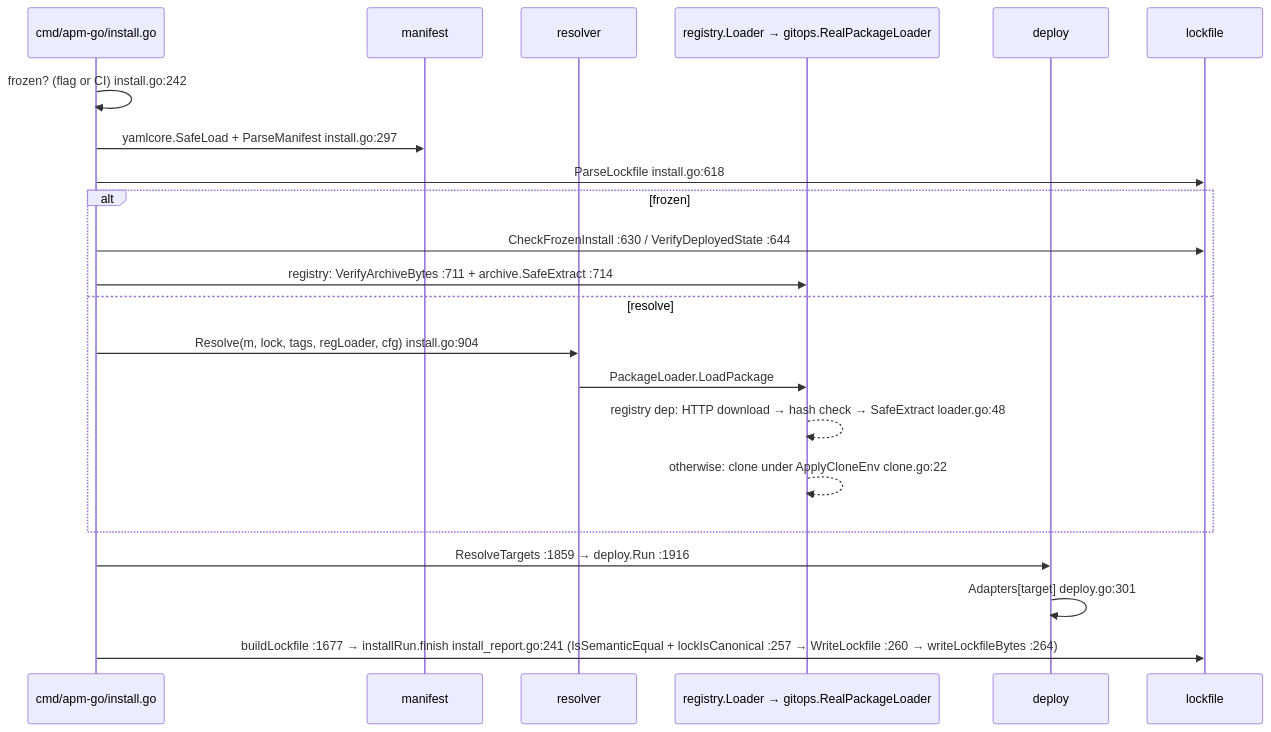
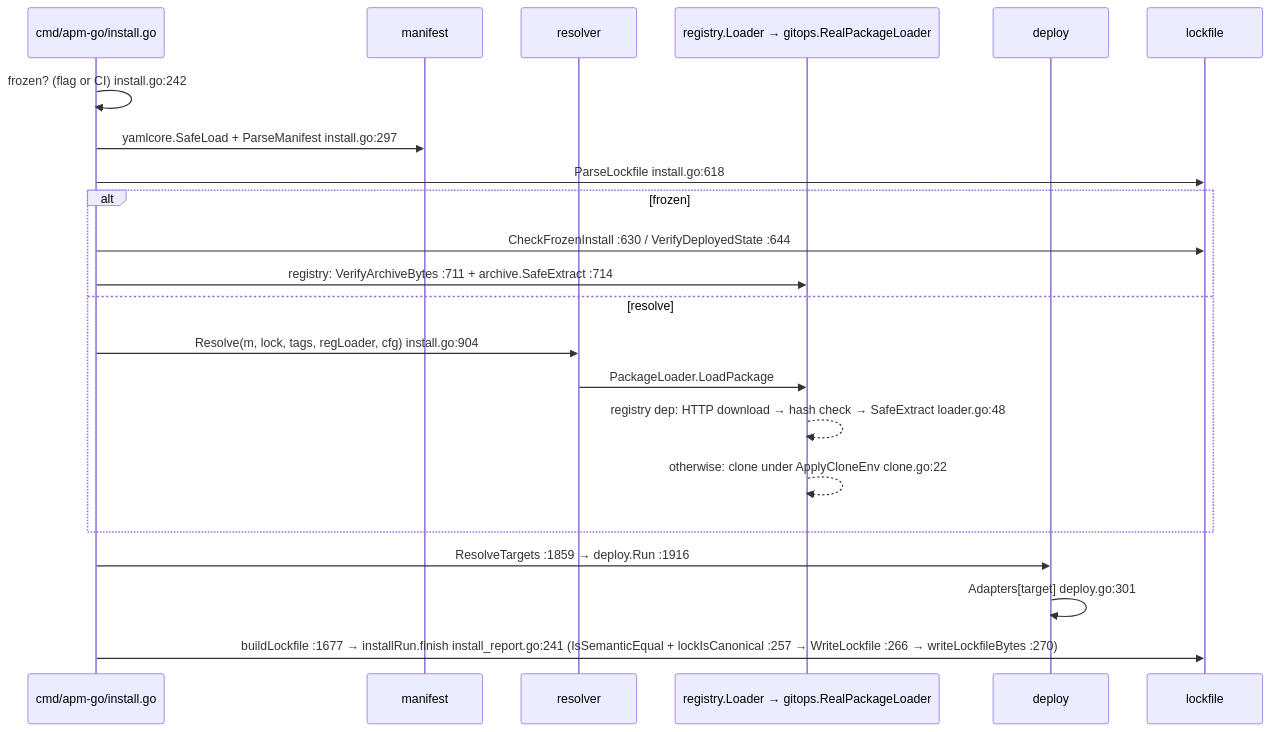
The second of 4 diagrams in ARCHITECTURE.md (gn00678465/apm-go), drawn with Mermaid before and after one commit. The commit also changed other lines of this file and 7 other files, not shown here.

First line of the commit message:
fix: uninstall 保留有未建模鍵的 lock，--no-provenance 對既有的 lock 與 install --mcp 生效

````diff
--- a/ARCHITECTURE.md
+++ b/ARCHITECTURE.md
@@ -80,24 +80,24 @@
 ```mermaid
 sequenceDiagram
   participant C as cmd/apm-go/install.go
   participant M as manifest
   participant R as resolver
   participant L as registry.Loader → gitops.RealPackageLoader
   participant D as deploy
   participant K as lockfile
   C->>C: frozen? (flag or CI) install.go:242
   C->>M: yamlcore.SafeLoad + ParseManifest install.go:297
   C->>K: ParseLockfile install.go:618
   alt frozen
     C->>K: CheckFrozenInstall :630 / VerifyDeployedState :644
     C->>L: registry: VerifyArchiveBytes :711 + archive.SafeExtract :714
   else resolve
     C->>R: Resolve(m, lock, tags, regLoader, cfg) install.go:904
     R->>L: PackageLoader.LoadPackage
     L-->>L: registry dep: HTTP download → hash check → SafeExtract loader.go:48
     L-->>L: otherwise: clone under ApplyCloneEnv clone.go:22
   end
   C->>D: ResolveTargets :1859 → deploy.Run :1916
   D->>D: Adapters[target] deploy.go:301
-  C->>K: buildLockfile :1677 → installRun.finish install_report.go:241 (IsSemanticEqual + lockIsCanonical :257 → WriteLockfile :260 → writeLockfileBytes :264)
+  C->>K: buildLockfile :1677 → installRun.finish install_report.go:241 (IsSemanticEqual + lockIsCanonical :257 → WriteLockfile :266 → writeLockfileBytes :270)
 ```
````
